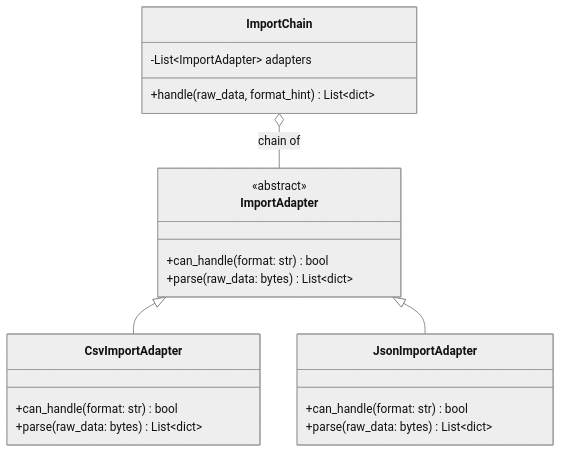
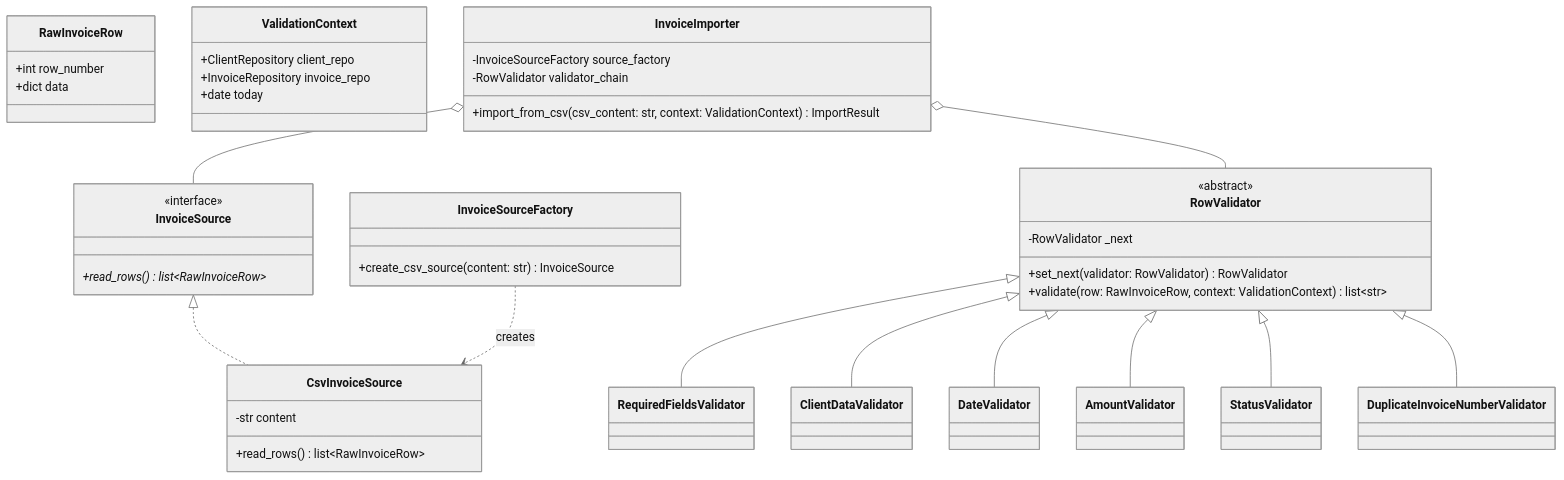
The fifth of 8 diagrams in docs/uml/03-patterns.md (Anupam-hash926/DuePing), drawn with Mermaid (neutral theme) before and after one commit. The commit also changed other lines of this file and 18 other files, not shown here.

Commit message:
phase 1: docs and uml match the code

````diff
--- a/docs/uml/03-patterns.md
+++ b/docs/uml/03-patterns.md
@@ -171,27 +237,60 @@
 ```mermaid
 classDiagram
-    class ImportAdapter {
-        <<abstract>>
-        +can_handle(format: str) bool
-        +parse(raw_data: bytes) List~dict~
+    class RawInvoiceRow {
+        +int row_number
+        +dict data
     }
 
-    class CsvImportAdapter {
-        +can_handle(format: str) bool
-        +parse(raw_data: bytes) List~dict~
+    class InvoiceSource {
+        <<interface>>
+        +read_rows()* list~RawInvoiceRow~
     }
 
-    class JsonImportAdapter {
-        +can_handle(format: str) bool
-        +parse(raw_data: bytes) List~dict~
+    class CsvInvoiceSource {
+        -str content
+        +read_rows() list~RawInvoiceRow~
     }
 
-    class ImportChain {
-        -List~ImportAdapter~ adapters
-        +handle(raw_data, format_hint) List~dict~
+    class InvoiceSourceFactory {
+        +create_csv_source(content: str) InvoiceSource
     }
 
-    ImportAdapter <|-- CsvImportAdapter
-    ImportAdapter <|-- JsonImportAdapter
-    ImportChain o-- ImportAdapter : chain of
+    class ValidationContext {
+        +ClientRepository client_repo
+        +InvoiceRepository invoice_repo
+        +date today
+    }
+
+    class RowValidator {
+        <<abstract>>
+        -RowValidator _next
+        +set_next(validator: RowValidator) RowValidator
+        +validate(row: RawInvoiceRow, context: ValidationContext) list~str~
+    }
+
+    class RequiredFieldsValidator
+    class ClientDataValidator
+    class DateValidator
+    class AmountValidator
+    class StatusValidator
+    class DuplicateInvoiceNumberValidator
+
+    class InvoiceImporter {
+        -InvoiceSourceFactory source_factory
+        -RowValidator validator_chain
+        +import_from_csv(csv_content: str, context: ValidationContext) ImportResult
+    }
+
+    InvoiceSource <|.. CsvInvoiceSource
+    InvoiceSourceFactory ..> CsvInvoiceSource : creates
+
+    RowValidator <|-- RequiredFieldsValidator
+    RowValidator <|-- ClientDataValidator
+    RowValidator <|-- DateValidator
+    RowValidator <|-- AmountValidator
+    RowValidator <|-- StatusValidator
+    RowValidator <|-- DuplicateInvoiceNumberValidator
+
+    InvoiceImporter o-- InvoiceSource
+    InvoiceImporter o-- RowValidator
 ```
````
